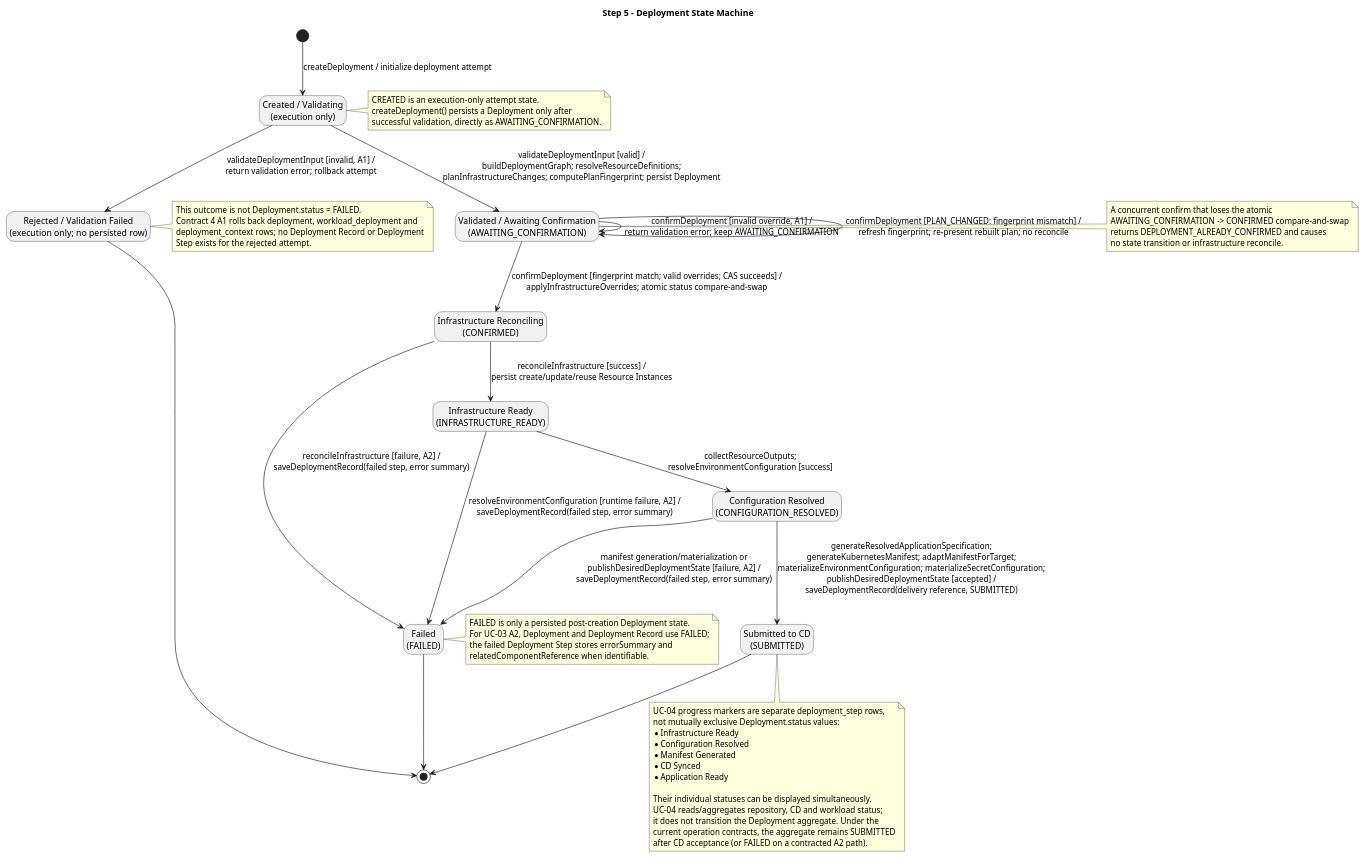
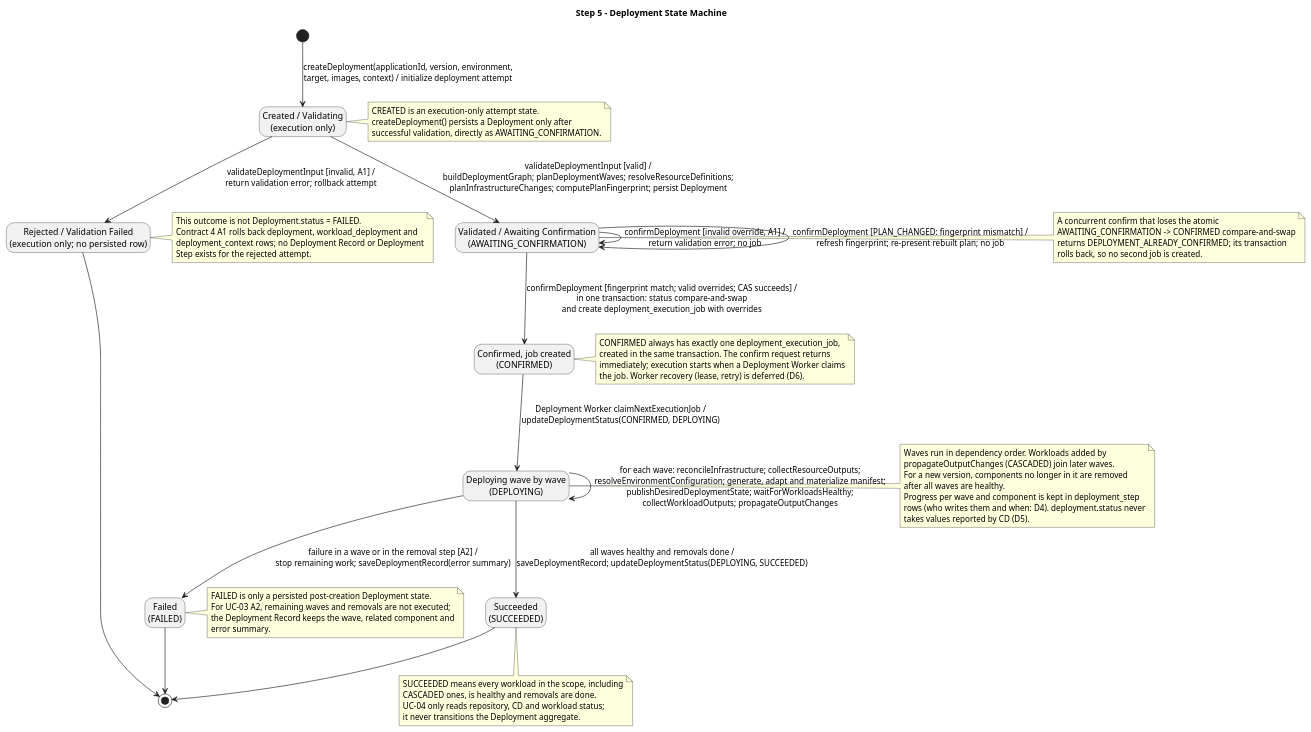
One commit to pr3s3nt/final_idp changed the diagram in 05_state_machines/deployment_state.puml. Above: the diagram before and after it, drawn with PlantUML. The commit also changed 3 other files, not shown here.

```diff
--- a/05_state_machines/deployment_state.puml
+++ b/05_state_machines/deployment_state.puml
@@ -1,80 +1,84 @@
 @startuml
 title Step 5 - Deployment State Machine
 
 hide empty description
 
 state "Created / Validating\n(execution only)" as CREATED
 state "Rejected / Validation Failed\n(execution only; no persisted row)" as REJECTED
 state "Validated / Awaiting Confirmation\n(AWAITING_CONFIRMATION)" as AWAITING_CONFIRMATION
-state "Infrastructure Reconciling\n(CONFIRMED)" as CONFIRMED
-state "Infrastructure Ready\n(INFRASTRUCTURE_READY)" as INFRASTRUCTURE_READY
-state "Configuration Resolved\n(CONFIGURATION_RESOLVED)" as CONFIGURATION_RESOLVED
-state "Submitted to CD\n(SUBMITTED)" as SUBMITTED
+state "Confirmed, job created\n(CONFIRMED)" as CONFIRMED
+state "Deploying wave by wave\n(DEPLOYING)" as DEPLOYING
+state "Succeeded\n(SUCCEEDED)" as SUCCEEDED
 state "Failed\n(FAILED)" as FAILED
 
-[*] --> CREATED : createDeployment / initialize deployment attempt
+[*] --> CREATED : createDeployment(applicationId, version, environment,\ntarget, images, context) / initialize deployment attempt
 
-CREATED --> AWAITING_CONFIRMATION : validateDeploymentInput [valid] /\nbuildDeploymentGraph; resolveResourceDefinitions;\nplanInfrastructureChanges; computePlanFingerprint; persist Deployment
+CREATED --> AWAITING_CONFIRMATION : validateDeploymentInput [valid] /\nbuildDeploymentGraph; planDeploymentWaves; resolveResourceDefinitions;\nplanInfrastructureChanges; computePlanFingerprint; persist Deployment
 CREATED --> REJECTED : validateDeploymentInput [invalid, A1] /\nreturn validation error; rollback attempt
 REJECTED --> [*]
 
-AWAITING_CONFIRMATION --> AWAITING_CONFIRMATION : confirmDeployment [invalid override, A1] /\nreturn validation error; keep AWAITING_CONFIRMATION
-AWAITING_CONFIRMATION --> AWAITING_CONFIRMATION : confirmDeployment [PLAN_CHANGED: fingerprint mismatch] /\nrefresh fingerprint; re-present rebuilt plan; no reconcile
-AWAITING_CONFIRMATION --> CONFIRMED : confirmDeployment [fingerprint match; valid overrides; CAS succeeds] /\napplyInfrastructureOverrides; atomic status compare-and-swap
+AWAITING_CONFIRMATION --> AWAITING_CONFIRMATION : confirmDeployment [invalid override, A1] /\nreturn validation error; no job
+AWAITING_CONFIRMATION --> AWAITING_CONFIRMATION : confirmDeployment [PLAN_CHANGED: fingerprint mismatch] /\nrefresh fingerprint; re-present rebuilt plan; no job
+AWAITING_CONFIRMATION --> CONFIRMED : confirmDeployment [fingerprint match; valid overrides; CAS succeeds] /\nin one transaction: status compare-and-swap\nand create deployment_execution_job with overrides
 
-CONFIRMED --> INFRASTRUCTURE_READY : reconcileInfrastructure [success] /\npersist create/update/reuse Resource Instances
-CONFIRMED --> FAILED : reconcileInfrastructure [failure, A2] /\nsaveDeploymentRecord(failed step, error summary)
+CONFIRMED --> DEPLOYING : Deployment Worker claimNextExecutionJob /\nupdateDeploymentStatus(CONFIRMED, DEPLOYING)
 
-INFRASTRUCTURE_READY --> CONFIGURATION_RESOLVED : collectResourceOutputs;\nresolveEnvironmentConfiguration [success]
-INFRASTRUCTURE_READY --> FAILED : resolveEnvironmentConfiguration [runtime failure, A2] /\nsaveDeploymentRecord(failed step, error summary)
+DEPLOYING --> DEPLOYING : for each wave: reconcileInfrastructure; collectResourceOutputs;\nresolveEnvironmentConfiguration; generate, adapt and materialize manifest;\npublishDesiredDeploymentState; waitForWorkloadsHealthy;\ncollectWorkloadOutputs; propagateOutputChanges
+DEPLOYING --> SUCCEEDED : all waves healthy and removals done /\nsaveDeploymentRecord; updateDeploymentStatus(DEPLOYING, SUCCEEDED)
+DEPLOYING --> FAILED : failure in a wave or in the removal step [A2] /\nstop remaining work; saveDeploymentRecord(error summary)
 
-CONFIGURATION_RESOLVED --> SUBMITTED : generateResolvedApplicationSpecification;\ngenerateKubernetesManifest; adaptManifestForTarget;\nmaterializeEnvironmentConfiguration; materializeSecretConfiguration;\npublishDesiredDeploymentState [accepted] /\nsaveDeploymentRecord(delivery reference, SUBMITTED)
-CONFIGURATION_RESOLVED --> FAILED : manifest generation/materialization or\npublishDesiredDeploymentState [failure, A2] /\nsaveDeploymentRecord(failed step, error summary)
-
-SUBMITTED --> [*]
+SUCCEEDED --> [*]
 FAILED --> [*]
 
 note right of CREATED
   CREATED is an execution-only attempt state.
   createDeployment() persists a Deployment only after
   successful validation, directly as AWAITING_CONFIRMATION.
 end note
 
 note right of REJECTED
   This outcome is not Deployment.status = FAILED.
   Contract 4 A1 rolls back deployment, workload_deployment and
   deployment_context rows; no Deployment Record or Deployment
   Step exists for the rejected attempt.
 end note
 
 note right of AWAITING_CONFIRMATION
   A concurrent confirm that loses the atomic
   AWAITING_CONFIRMATION -> CONFIRMED compare-and-swap
-  returns DEPLOYMENT_ALREADY_CONFIRMED and causes
-  no state transition or infrastructure reconcile.
+  returns DEPLOYMENT_ALREADY_CONFIRMED; its transaction
+  rolls back, so no second job is created.
+end note
+
+note right of CONFIRMED
+  CONFIRMED always has exactly one deployment_execution_job,
+  created in the same transaction. The confirm request returns
+  immediately; execution starts when a Deployment Worker claims
+  the job. Worker recovery (lease, retry) is deferred (D6).
+end note
+
+note right of DEPLOYING
+  Waves run in dependency order. Workloads added by
+  propagateOutputChanges (CASCADED) join later waves.
+  For a new version, components no longer in it are removed
+  after all waves are healthy.
+  Progress per wave and component is kept in deployment_step
+  rows (who writes them and when: D4). deployment.status never
+  takes values reported by CD (D5).
 end note
 
 note right of FAILED
   FAILED is only a persisted post-creation Deployment state.
-  For UC-03 A2, Deployment and Deployment Record use FAILED;
-  the failed Deployment Step stores errorSummary and
-  relatedComponentReference when identifiable.
+  For UC-03 A2, remaining waves and removals are not executed;
+  the Deployment Record keeps the wave, related component and
+  error summary.
 end note
 
-note bottom of SUBMITTED
-  UC-04 progress markers are separate deployment_step rows,
-  not mutually exclusive Deployment.status values:
-  * Infrastructure Ready
-  * Configuration Resolved
-  * Manifest Generated
-  * CD Synced
-  * Application Ready
-
-  Their individual statuses can be displayed simultaneously.
-  UC-04 reads/aggregates repository, CD and workload status;
-  it does not transition the Deployment aggregate. Under the
-  current operation contracts, the aggregate remains SUBMITTED
-  after CD acceptance (or FAILED on a contracted A2 path).
+note bottom of SUCCEEDED
+  SUCCEEDED means every workload in the scope, including
+  CASCADED ones, is healthy and removals are done.
+  UC-04 only reads repository, CD and workload status;
+  it never transitions the Deployment aggregate.
 end note
 
 @enduml
```
